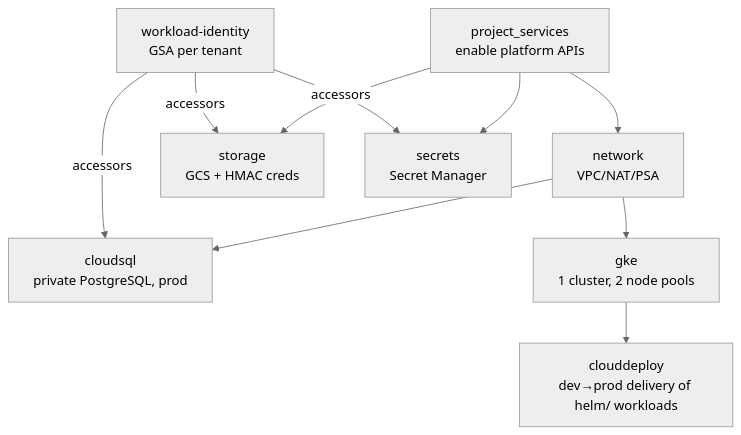
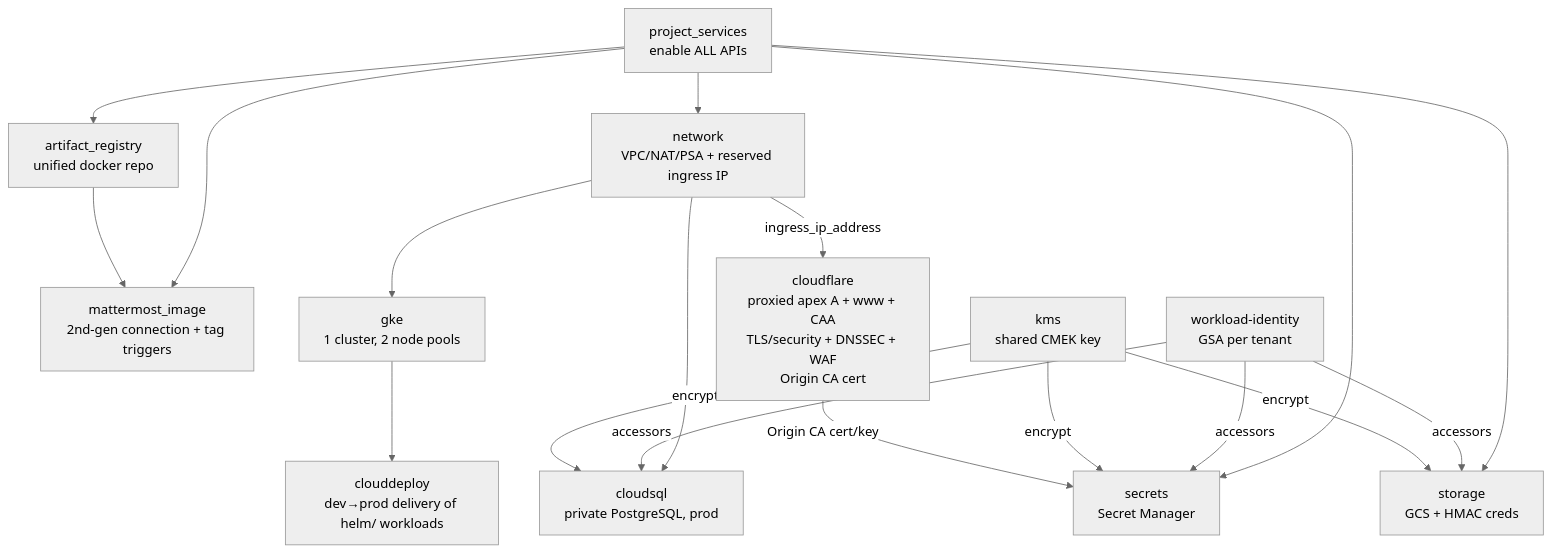
One commit to pilprod/yourown-chat changed the diagram in README.md. Above: the diagram before and after it, drawn with Mermaid (neutral theme). The commit also changed other lines of this file and 88 other files, not shown here.

````diff
--- a/README.md
+++ b/README.md
@@ -111,13 +121,21 @@
 ```mermaid
 graph TD
-  PS[project_services<br/>enable platform APIs] --> NET[network<br/>VPC/NAT/PSA]
+  PS[project_services<br/>enable ALL APIs] --> NET[network<br/>VPC/NAT/PSA + reserved ingress IP]
   PS --> STO[storage<br/>GCS + HMAC creds]
   PS --> SEC[secrets<br/>Secret Manager]
+  PS --> AR[artifact_registry<br/>unified docker repo]
+  PS --> IMG[mattermost_image<br/>2nd-gen connection + tag triggers]
+  AR --> IMG
   NET --> SQL[cloudsql<br/>private PostgreSQL, prod]
   NET --> GKE[gke<br/>1 cluster, 2 node pools]
+  NET -->|ingress_ip_address| CF[cloudflare<br/>proxied apex A + www + CAA<br/>TLS/security + DNSSEC + WAF<br/>Origin CA cert]
   WI[workload-identity<br/>GSA per tenant]
   WI -->|accessors| SQL
   WI -->|accessors| STO
   WI -->|accessors| SEC
+  KMS[kms<br/>shared CMEK key] -->|encrypt| SQL
+  KMS -->|encrypt| STO
+  KMS -->|encrypt| SEC
   GKE --> CD[clouddeploy<br/>dev→prod delivery of helm/ workloads]
+  CF -->|Origin CA cert/key| SEC
 ```
````
